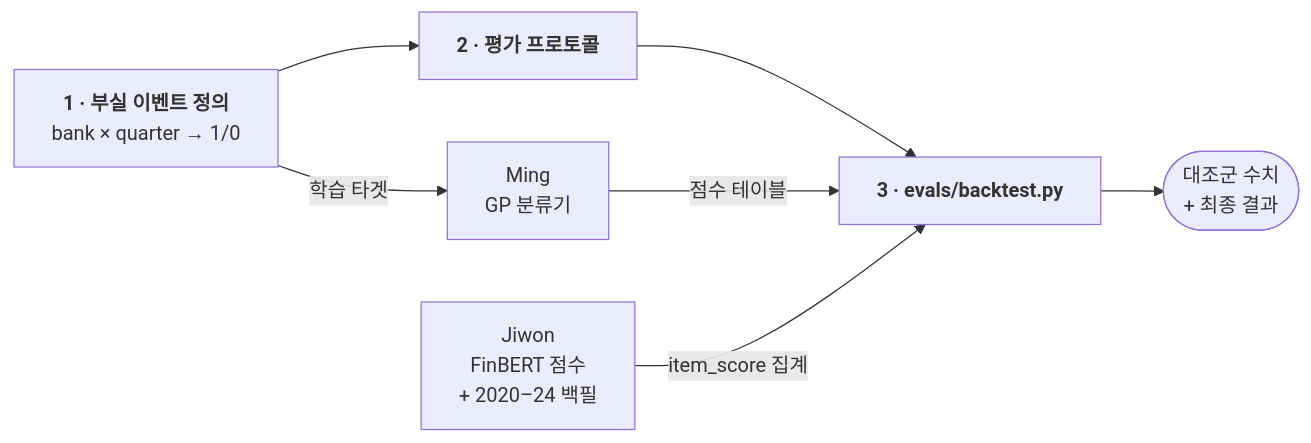
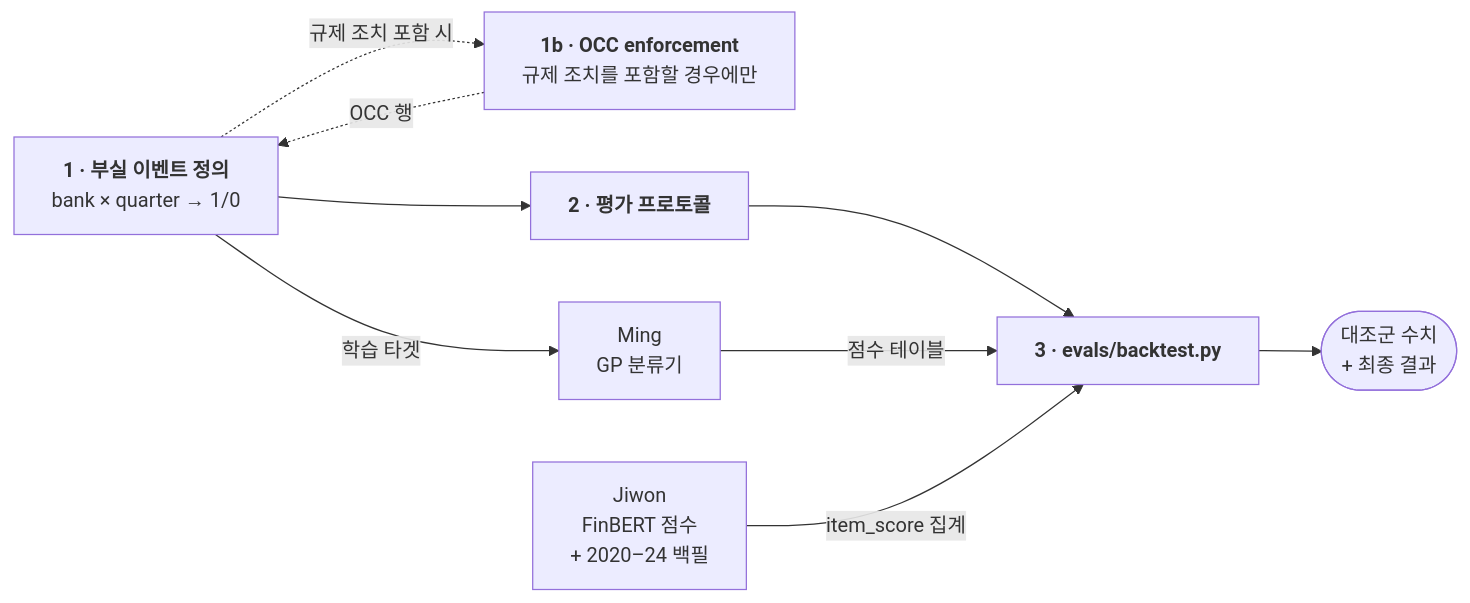
Before and after one commit to HOSH19/PNC_Capstone: the diagram in docs/roles/shu-han.ko.md, drawn with Mermaid. The commit also changed other lines of this file and 3 other files, not shown here.

First line of the commit message:
Reassign OCC enforcement to Shu Han, conditional on the distress definition

````diff
--- a/docs/roles/shu-han.ko.md
+++ b/docs/roles/shu-han.ko.md
@@ -14,15 +14,18 @@
 ```mermaid
 flowchart LR
     SH1["<b>1 · 부실 이벤트 정의</b><br/>bank × quarter → 1/0"]
+    SH1B["<b>1b · OCC enforcement</b><br/>규제 조치를 포함할 경우에만"]
     SH2["<b>2 · 평가 프로토콜</b>"]
     SH3["<b>3 · evals/backtest.py</b>"]
     MING["Ming<br/>GP 분류기"]
     JW["Jiwon<br/>FinBERT 점수<br/>+ 2020–24 백필"]
     OUT(["대조군 수치<br/>+ 최종 결과"])
 
+    SH1 -.->|규제 조치 포함 시| SH1B
+    SH1B -.->|OCC 행| SH1
     SH1 --> SH2 --> SH3
     SH1 -->|학습 타겟| MING
     MING -->|점수 테이블| SH3
     JW -->|item_score 집계| SH3
     SH3 --> OUT
 ```
````
